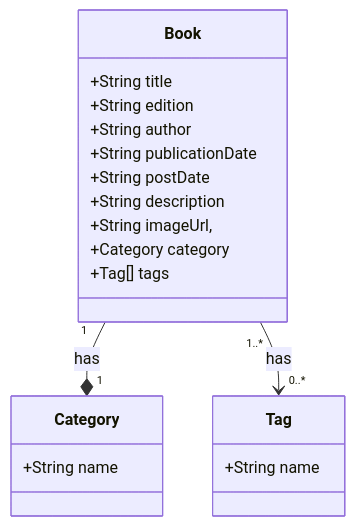
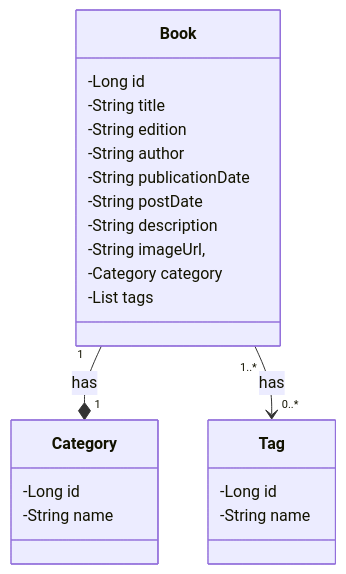
One commit to FrancisBFTC/BootCamp-Java-Angular changed the diagram in API-REST-Na-Nuvem-Spring3-Java17-Railway/Modelagem/Diagramas/diagrama.mermaid. Above: the diagram before and after it, drawn with Mermaid. The commit also changed 1 other file, not shown here.

Commit message:
fix: Altera atributos para privado no mermaid

```diff
--- a/API-REST-Na-Nuvem-Spring3-Java17-Railway/Modelagem/Diagramas/diagrama.mermaid
+++ b/API-REST-Na-Nuvem-Spring3-Java17-Railway/Modelagem/Diagramas/diagrama.mermaid
@@ -1,23 +1,26 @@
 classDiagram
     class Book {
-        +String title
-        +String edition
-        +String author
-        +String publicationDate
-        +String postDate
-        +String description
-        +String imageUrl,
-        +Category category
-        +Tag[] tags
+        -Long id
+        -String title
+        -String edition
+        -String author
+        -String publicationDate
+        -String postDate
+        -String description
+        -String imageUrl,
+        -Category category
+        -List<Tag> tags
     }
     
     class Category {
-        +String name
+        -Long id
+        -String name
     }
 
     class Tag {
-        +String name
+        -Long id
+        -String name
     }
 
     Book "1" --* "1" Category : has
     Book "1..*" --> "0..*" Tag : has
```
